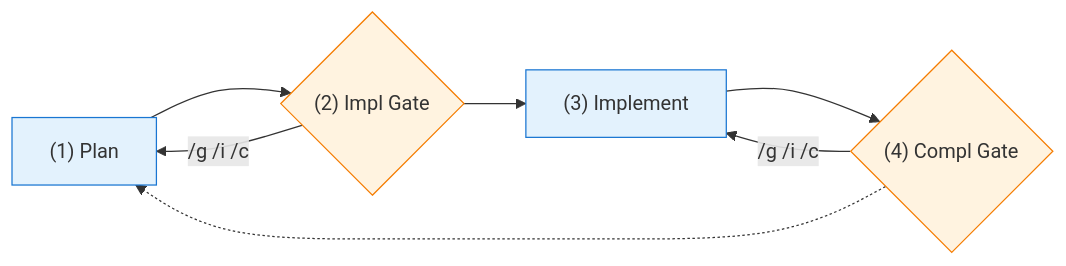
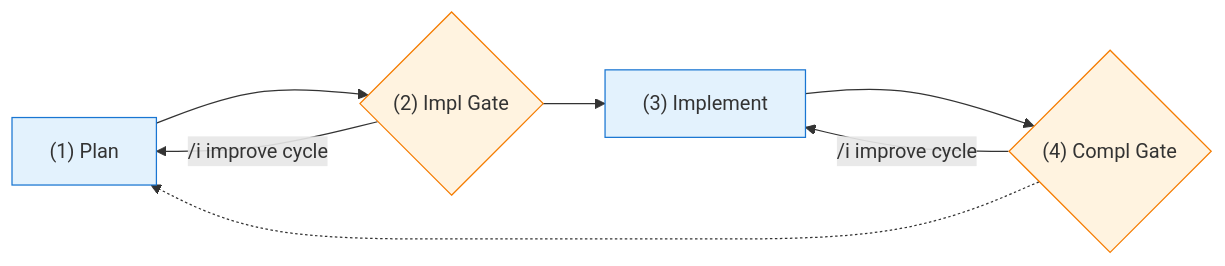
Before and after one commit to binaryphile/tandem-protocol: the first of 3 diagrams in README.md, drawn with Mermaid. The commit also changed other lines of this file and 10 other files, not shown here.

````diff
--- a/README.md
+++ b/README.md
@@ -24,14 +18,14 @@
 ```mermaid
 flowchart LR
     S1["(1) Plan"] --> S2{"(2) Impl Gate"}
-    S2 -->|"/g /i /c"| S1
+    S2 -->|"/i improve cycle"| S1
     S2 --> S3["(3) Implement"]
     S3 --> S4{"(4) Compl Gate"}
-    S4 -->|"/g /i /c"| S3
+    S4 -->|"/i improve cycle"| S3
     S4 -.-> S1
 
     style S1 fill:#e3f2fd,stroke:#1976d2
     style S3 fill:#e3f2fd,stroke:#1976d2
     style S2 fill:#fff3e0,stroke:#f57c00
     style S4 fill:#fff3e0,stroke:#f57c00
 ```
````
